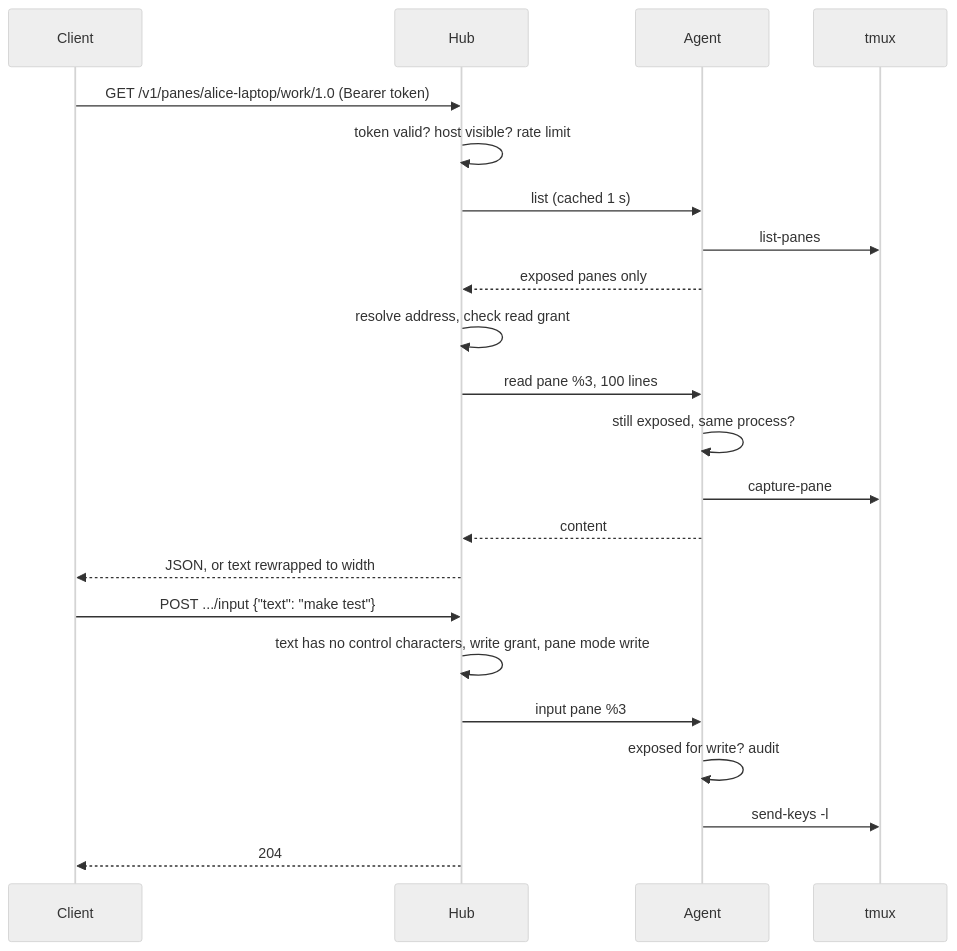
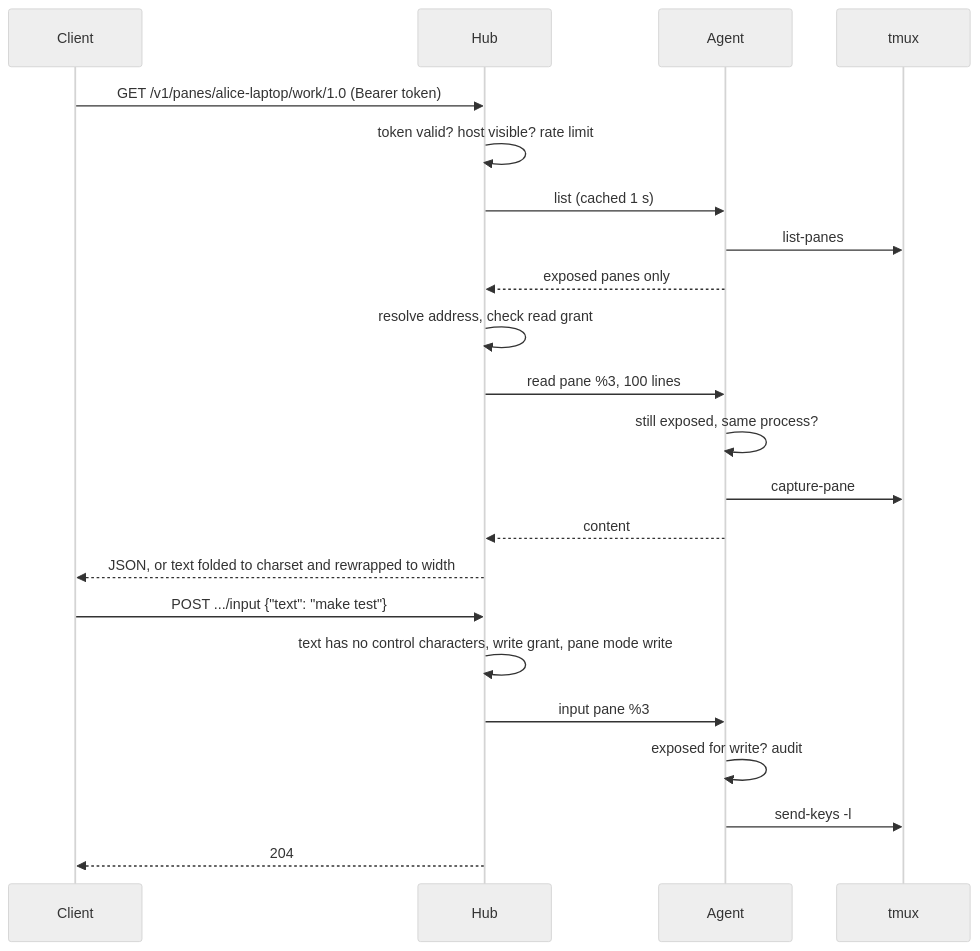
Before and after one commit to notmarkopadjen/muxway: the seventh of 8 diagrams in docs/ARCHITECTURE.md, drawn with Mermaid (neutral theme). The commit also changed other lines of this file and 8 other files, not shown here.

````diff
--- a/docs/ARCHITECTURE.md
+++ b/docs/ARCHITECTURE.md
@@ -144,24 +145,24 @@
 ```mermaid
 sequenceDiagram
     participant C as Client
     participant H as Hub
     participant A as Agent
     participant T as tmux
     C->>H: GET /v1/panes/alice-laptop/work/1.0 (Bearer token)
     H->>H: token valid? host visible? rate limit
     H->>A: list (cached 1 s)
     A->>T: list-panes
     A-->>H: exposed panes only
     H->>H: resolve address, check read grant
     H->>A: read pane %3, 100 lines
     A->>A: still exposed, same process?
     A->>T: capture-pane
     A-->>H: content
-    H-->>C: JSON, or text rewrapped to width
+    H-->>C: JSON, or text folded to charset and rewrapped to width
     C->>H: POST .../input {"text": "make test"}
     H->>H: text has no control characters, write grant, pane mode write
     H->>A: input pane %3
     A->>A: exposed for write? audit
     A->>T: send-keys -l
     H-->>C: 204
 ```
````
